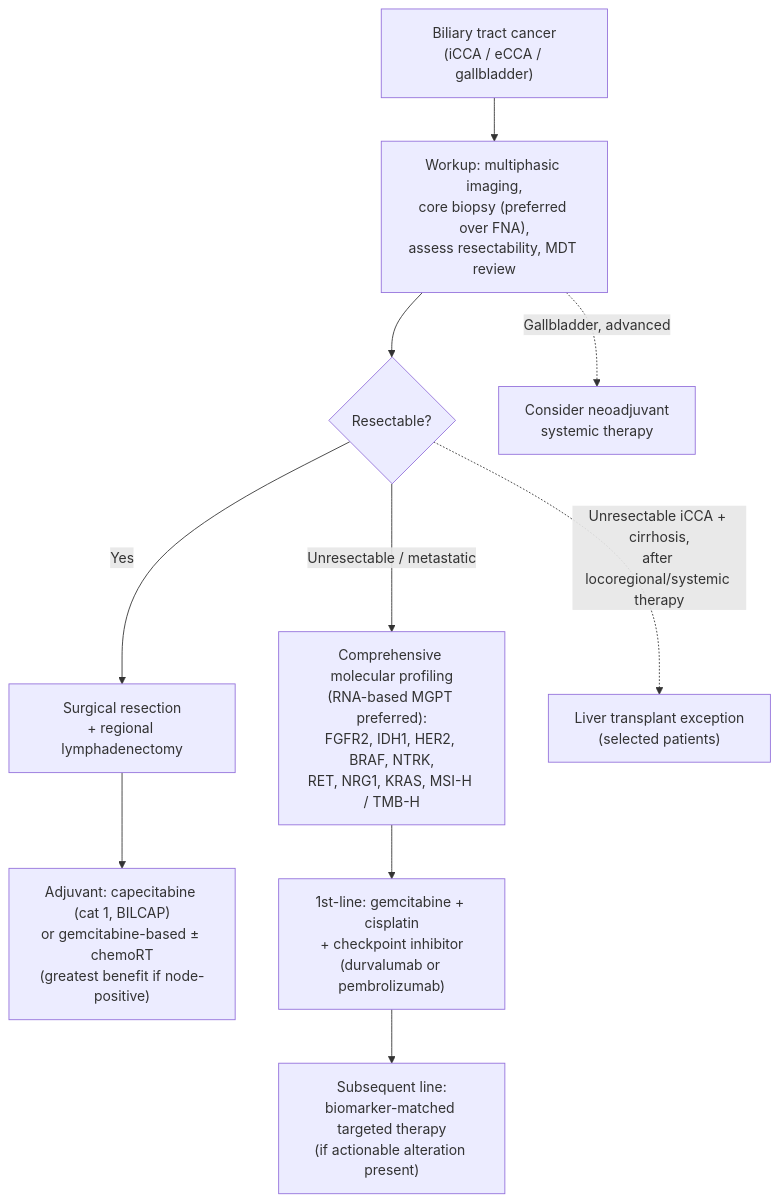
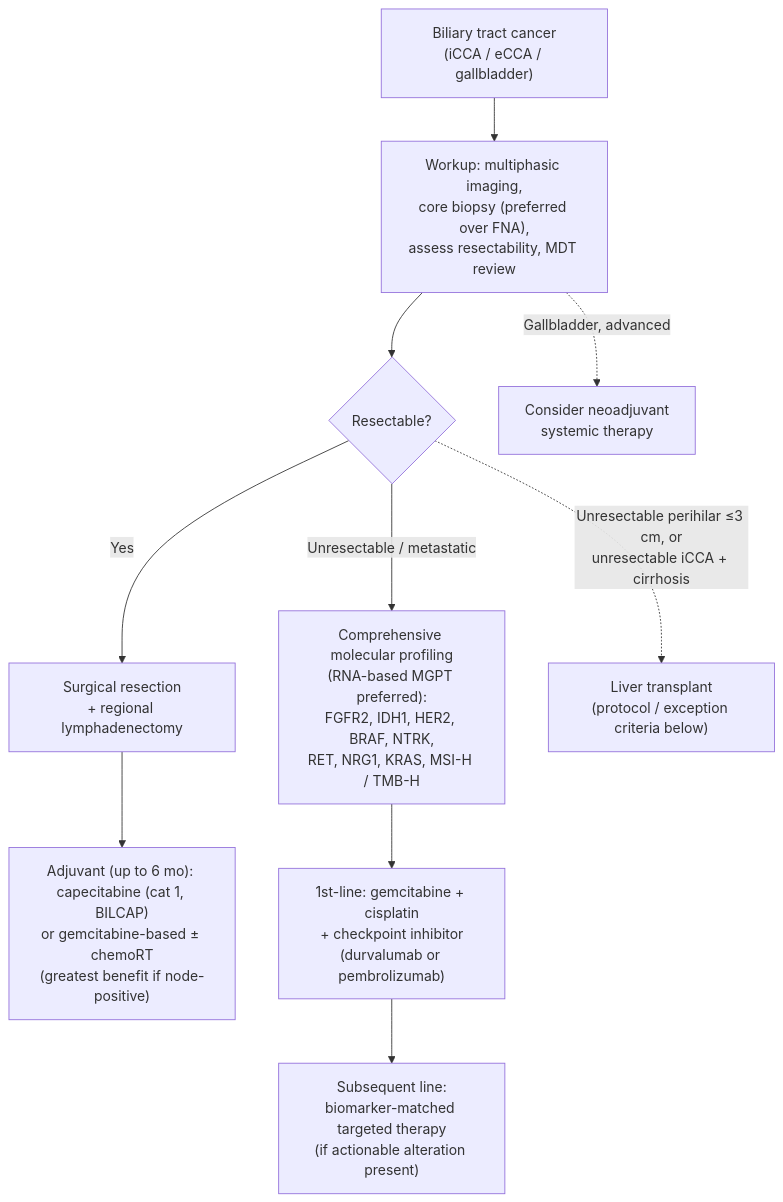
The diagram in KHNL-GI-Wiki/wiki/1-disease-scripts/pancreaticobiliary-diseases/cholangiocarcinoma.md (KHNickLeMD/KHNL-GI-Wiki), drawn with Mermaid before and after one commit. The commit also changed other lines of this file and 56 other files, not shown here.

````diff
--- a/KHNL-GI-Wiki/wiki/1-disease-scripts/pancreaticobiliary-diseases/cholangiocarcinoma.md
+++ b/KHNL-GI-Wiki/wiki/1-disease-scripts/pancreaticobiliary-diseases/cholangiocarcinoma.md
@@ -55,12 +138,12 @@
 ```mermaid
 flowchart TD
     A["Biliary tract cancer<br/>(iCCA / eCCA / gallbladder)"] --> B["Workup: multiphasic imaging,<br/>core biopsy (preferred over FNA),<br/>assess resectability, MDT review"]
     B --> C{"Resectable?"}
     C -->|"Yes"| R["Surgical resection<br/>+ regional lymphadenectomy"]
-    R --> ADJ["Adjuvant: capecitabine (cat 1, BILCAP)<br/>or gemcitabine-based ± chemoRT<br/>(greatest benefit if node-positive)"]
+    R --> ADJ["Adjuvant (up to 6 mo): capecitabine (cat 1, BILCAP)<br/>or gemcitabine-based ± chemoRT<br/>(greatest benefit if node-positive)"]
     C -->|"Unresectable / metastatic"| MOL["Comprehensive molecular profiling<br/>(RNA-based MGPT preferred):<br/>FGFR2, IDH1, HER2, BRAF, NTRK,<br/>RET, NRG1, KRAS, MSI-H / TMB-H"]
     MOL --> SYS["1st-line: gemcitabine + cisplatin<br/>+ checkpoint inhibitor<br/>(durvalumab or pembrolizumab)"]
     SYS --> TGT["Subsequent line:<br/>biomarker-matched targeted therapy<br/>(if actionable alteration present)"]
     B -.->|"Gallbladder, advanced"| NEO["Consider neoadjuvant<br/>systemic therapy"]
-    C -.->|"Unresectable iCCA + cirrhosis,<br/>after locoregional/systemic therapy"| LTX["Liver transplant exception<br/>(selected patients)"]
+    C -.->|"Unresectable perihilar ≤3 cm, or<br/>unresectable iCCA + cirrhosis"| LTX["Liver transplant<br/>(protocol / exception criteria below)"]
 ```
````
